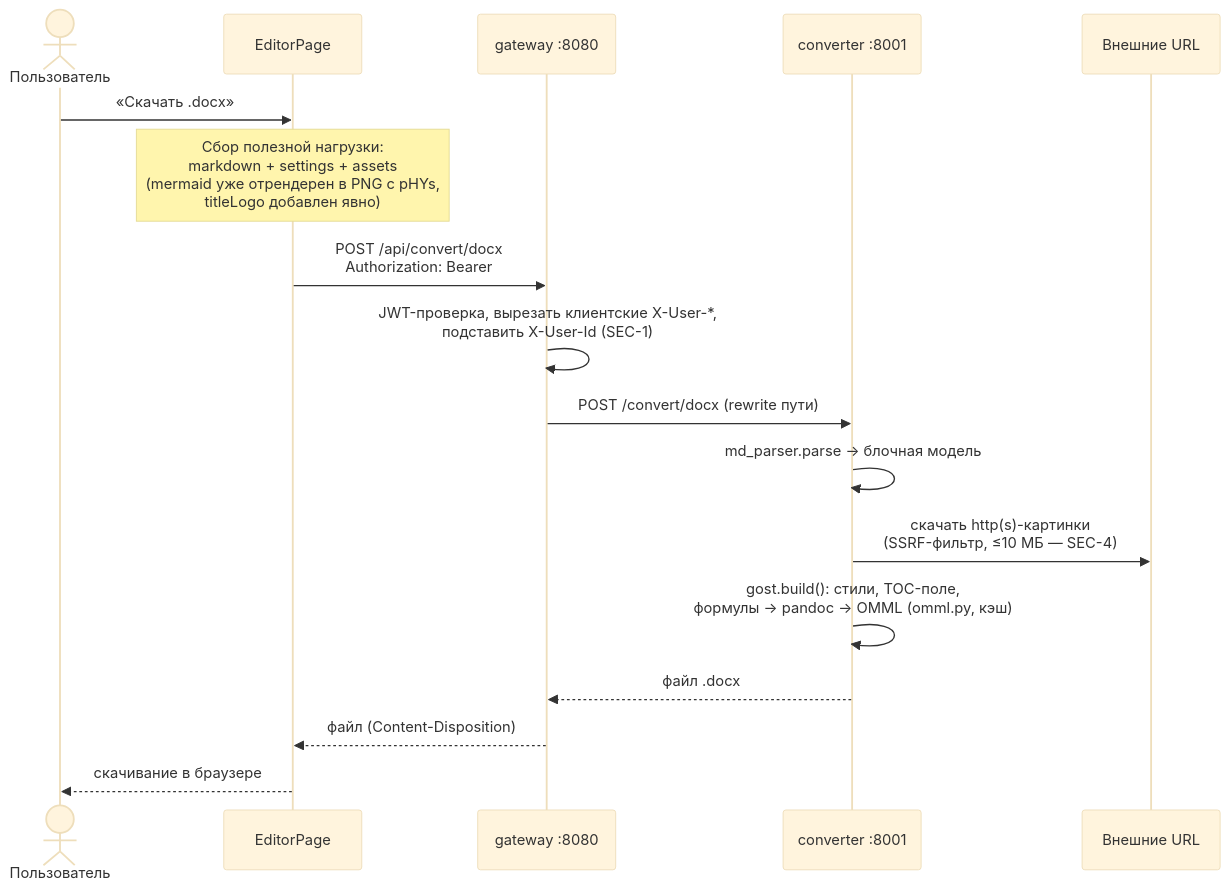
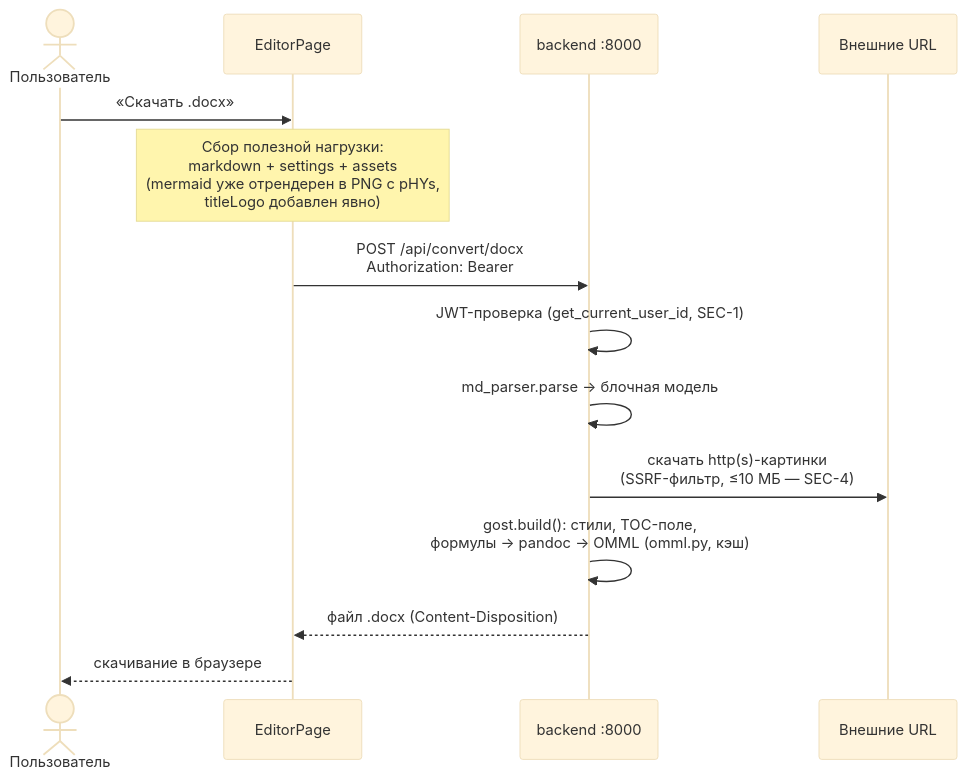
Before and after one commit to alexdarenkov/CourseWorkMaker: the diagram in docs/architecture/flows/docx-export.md, drawn with Mermaid (base theme). The commit also changed other lines of this file and 132 other files, not shown here.

````diff
--- a/docs/architecture/flows/docx-export.md
+++ b/docs/architecture/flows/docx-export.md
@@ -7,20 +7,17 @@
 ```mermaid
 sequenceDiagram
   actor U as Пользователь
   participant E as EditorPage
-  participant G as gateway :8080
-  participant C as converter :8001
+  participant B as backend :8000
   participant Ext as Внешние URL
 
   U->>E: «Скачать .docx»
   Note over E: Сбор полезной нагрузки:<br/>markdown + settings + assets<br/>(mermaid уже отрендерен в PNG c pHYs,<br/>titleLogo добавлен явно)
-  E->>G: POST /api/convert/docx<br/>Authorization: Bearer
-  G->>G: JWT-проверка, вырезать клиентские X-User-*,<br/>подставить X-User-Id (SEC-1)
-  G->>C: POST /convert/docx (rewrite пути)
-  C->>C: md_parser.parse → блочная модель
-  C->>Ext: скачать http(s)-картинки<br/>(SSRF-фильтр, ≤10 МБ — SEC-4)
-  C->>C: gost.build(): стили, TOC-поле,<br/>формулы → pandoc → OMML (omml.py, кэш)
-  C-->>G: файл .docx
-  G-->>E: файл (Content-Disposition)
+  E->>B: POST /api/convert/docx<br/>Authorization: Bearer
+  B->>B: JWT-проверка (get_current_user_id, SEC-1)
+  B->>B: md_parser.parse → блочная модель
+  B->>Ext: скачать http(s)-картинки<br/>(SSRF-фильтр, ≤10 МБ — SEC-4)
+  B->>B: gost.build(): стили, TOC-поле,<br/>формулы → pandoc → OMML (omml.py, кэш)
+  B-->>E: файл .docx (Content-Disposition)
   E-->>U: скачивание в браузере
 ```
````
